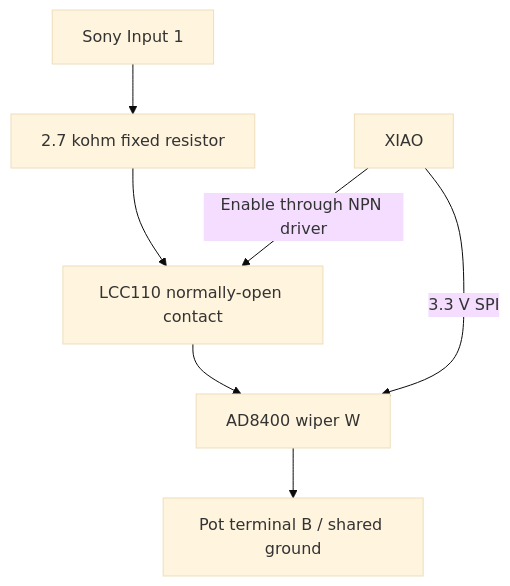
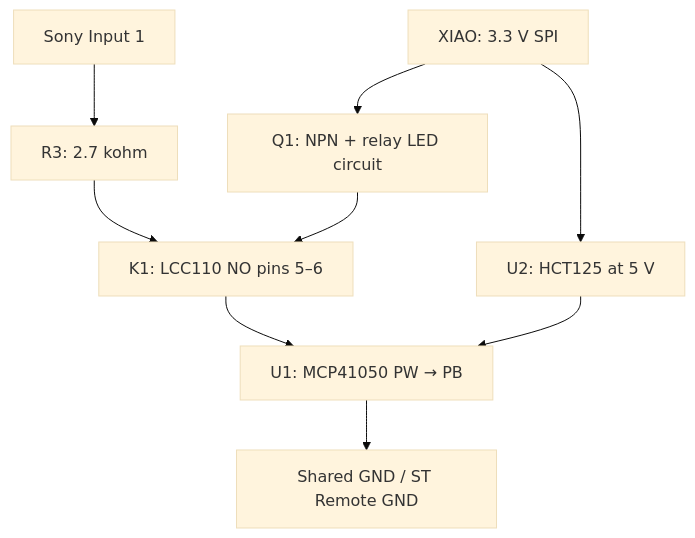
Before and after one commit to dorkusprime/miata-remote-control-knob: the diagram in docs/sony-interface.md, drawn with Mermaid (base theme). The commit also changed other lines of this file and 24 other files, not shown here.

Commit message:
Consolidate through-hole Sony interface documentation and archive prior designs

````diff
--- a/docs/sony-interface.md
+++ b/docs/sony-interface.md
@@ -9,9 +34,11 @@
 ```mermaid
 flowchart TD
-    S["Sony Input 1"] --> R["2.7 kohm fixed resistor"]
-    R --> K["LCC110 normally-open contact"]
-    K --> W["AD8400 wiper W"]
-    W --> B["Pot terminal B / shared ground"]
-    X["XIAO"] -->|"3.3 V SPI"| W
-    X -->|"Enable through NPN driver"| K
+    S["Sony Input 1"] --> R["R3: 2.7 kohm"]
+    R --> K["K1: LCC110 NO pins 5–6"]
+    K --> P["U1: MCP41050 PW → PB"]
+    P --> G["Shared GND / ST Remote GND"]
+    X["XIAO: 3.3 V SPI"] --> B["U2: HCT125 at 5 V"]
+    B --> P
+    X --> Q["Q1: NPN + relay LED circuit"]
+    Q --> K
 ```
````
